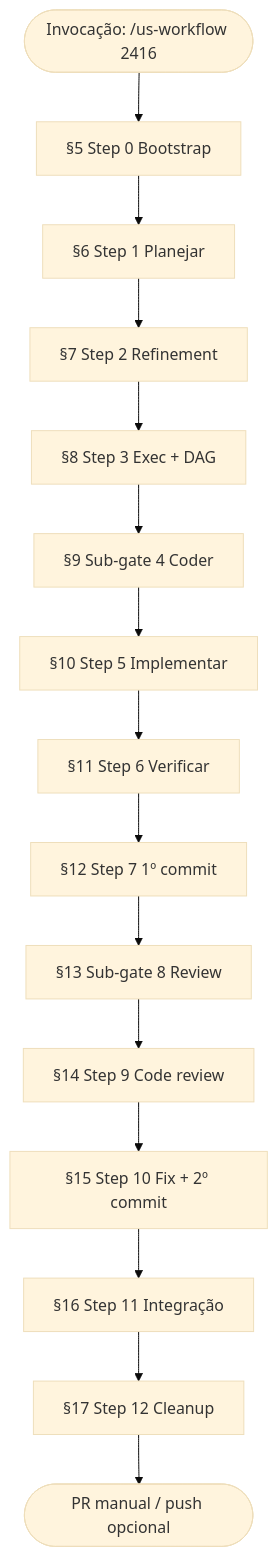
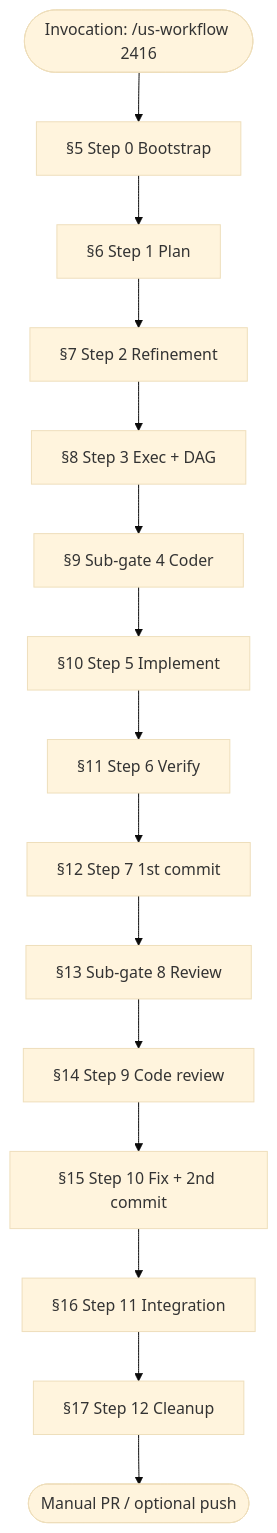
The diagram in .agents/skills/us-workflow/docs/faq.md (jpolvora/workflow-skills), drawn with Mermaid (base theme) before and after one commit. The commit also changed other lines of this file and 18 other files, not shown here.

````diff
--- a/.agents/skills/us-workflow/docs/faq.md
+++ b/.agents/skills/us-workflow/docs/faq.md
@@ -104,17 +104,17 @@
 ```mermaid
 flowchart TD
-    START(["Invocação: /us-workflow 2416"]) --> S0["§5 Step 0 Bootstrap"]
-    S0 --> S1["§6 Step 1 Planejar"]
+    START(["Invocation: /us-workflow 2416"]) --> S0["§5 Step 0 Bootstrap"]
+    S0 --> S1["§6 Step 1 Plan"]
     S1 --> S2["§7 Step 2 Refinement"]
     S2 --> S3["§8 Step 3 Exec + DAG"]
     S3 --> SG4["§9 Sub-gate 4 Coder"]
-    SG4 --> S5["§10 Step 5 Implementar"]
-    S5 --> S6["§11 Step 6 Verificar"]
-    S6 --> S7["§12 Step 7 1º commit"]
+    SG4 --> S5["§10 Step 5 Implement"]
+    S5 --> S6["§11 Step 6 Verify"]
+    S6 --> S7["§12 Step 7 1st commit"]
     S7 --> SG8["§13 Sub-gate 8 Review"]
     SG8 --> S9["§14 Step 9 Code review"]
-    S9 --> S10["§15 Step 10 Fix + 2º commit"]
-    S10 --> S11["§16 Step 11 Integração"]
+    S9 --> S10["§15 Step 10 Fix + 2nd commit"]
+    S10 --> S11["§16 Step 11 Integration"]
     S11 --> S12["§17 Step 12 Cleanup"]
-    S12 --> END(["PR manual / push opcional"])
+    S12 --> END(["Manual PR / optional push"])
 ```
````
